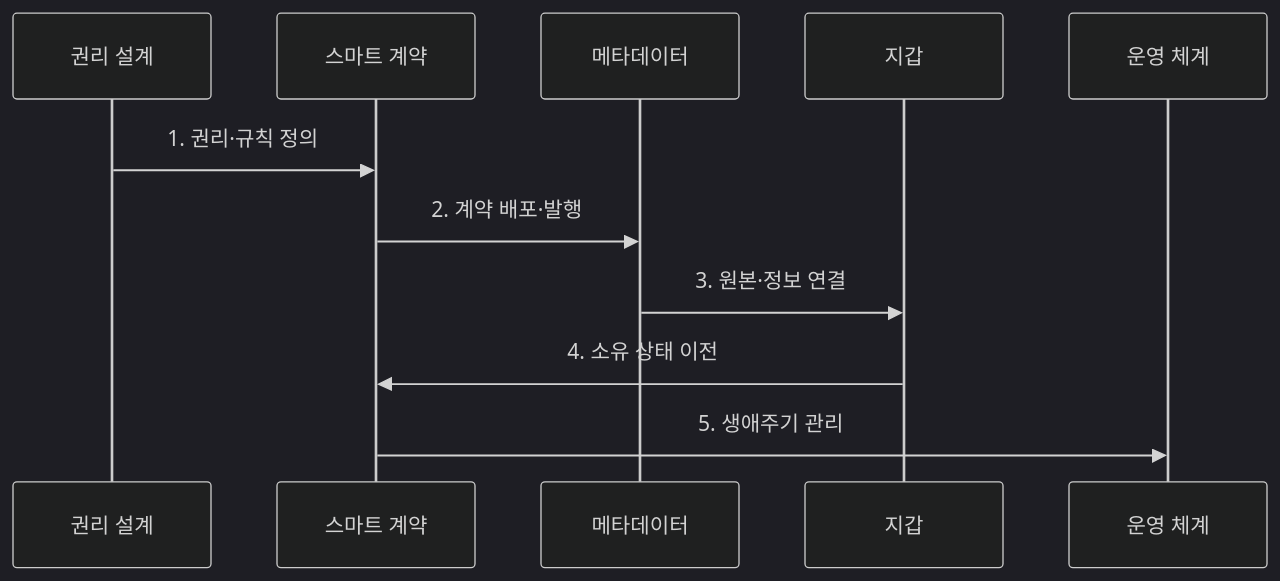
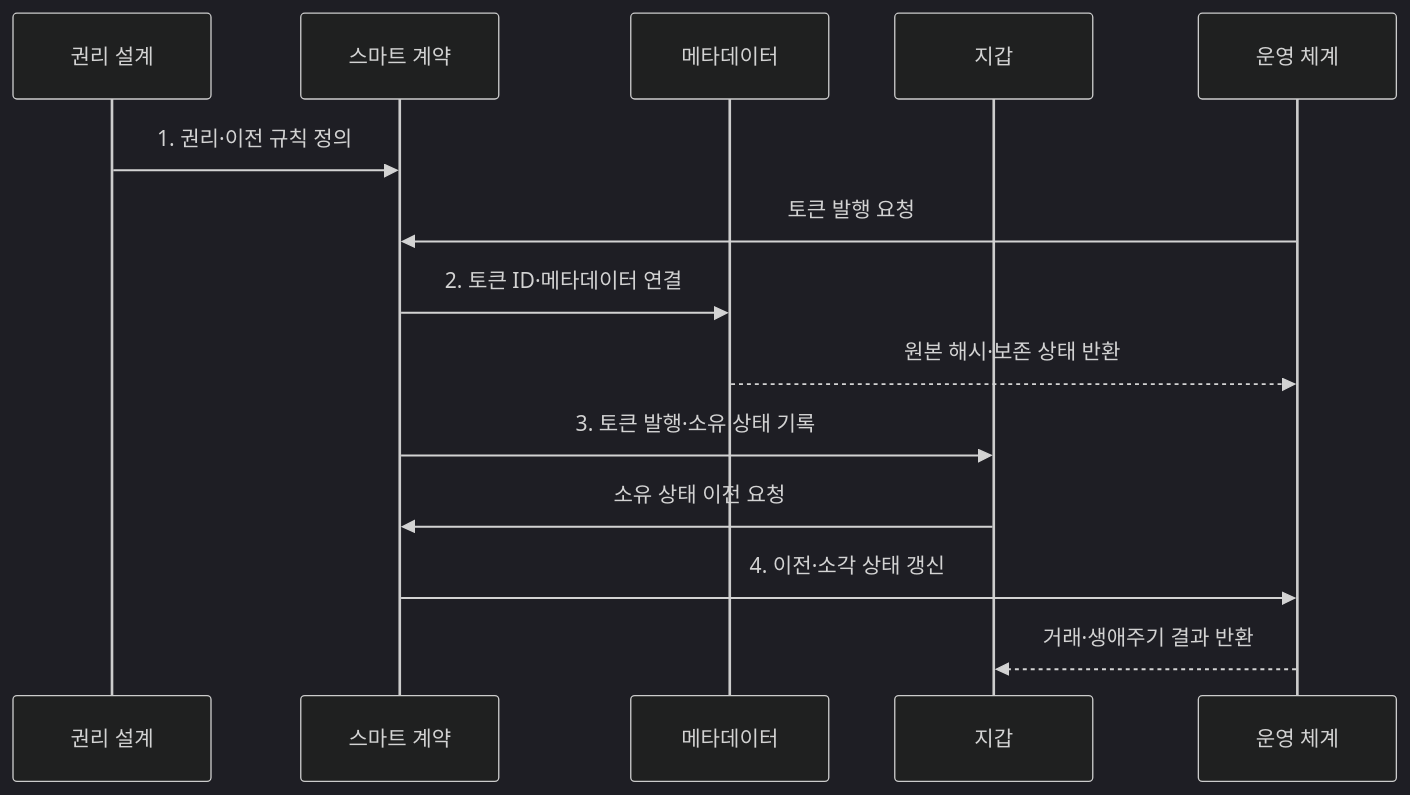
One commit to agnusdei1207/knowledge-base changed the second of 2 diagrams in src/content/docs/notes/08-latest-tech/223_nft_non_fungible_token.md. Above: the diagram before and after it, drawn with Mermaid (dark theme). The commit also changed other lines of this file and 225 other files, not shown here.

````diff
--- a/src/content/docs/notes/08-latest-tech/223_nft_non_fungible_token.md
+++ b/src/content/docs/notes/08-latest-tech/223_nft_non_fungible_token.md
@@ -76,13 +76,16 @@
 ```mermaid
 sequenceDiagram
   participant R as 권리 설계
   participant C as 스마트 계약
   participant M as 메타데이터
   participant W as 지갑
   participant O as 운영 체계
-  R->>C: 1. 권리·규칙 정의
-  C->>M: 2. 계약 배포·발행
-  M->>W: 3. 원본·정보 연결
-  W->>C: 4. 소유 상태 이전
-  C->>O: 5. 생애주기 관리
+  R->>C: 1. 권리·이전 규칙 정의
+  O->>C: 토큰 발행 요청
+  C->>M: 2. 토큰 ID·메타데이터 연결
+  M-->>O: 원본 해시·보존 상태 반환
+  C->>W: 3. 토큰 발행·소유 상태 기록
+  W->>C: 소유 상태 이전 요청
+  C->>O: 4. 이전·소각 상태 갱신
+  O-->>W: 거래·생애주기 결과 반환
 ```
````
